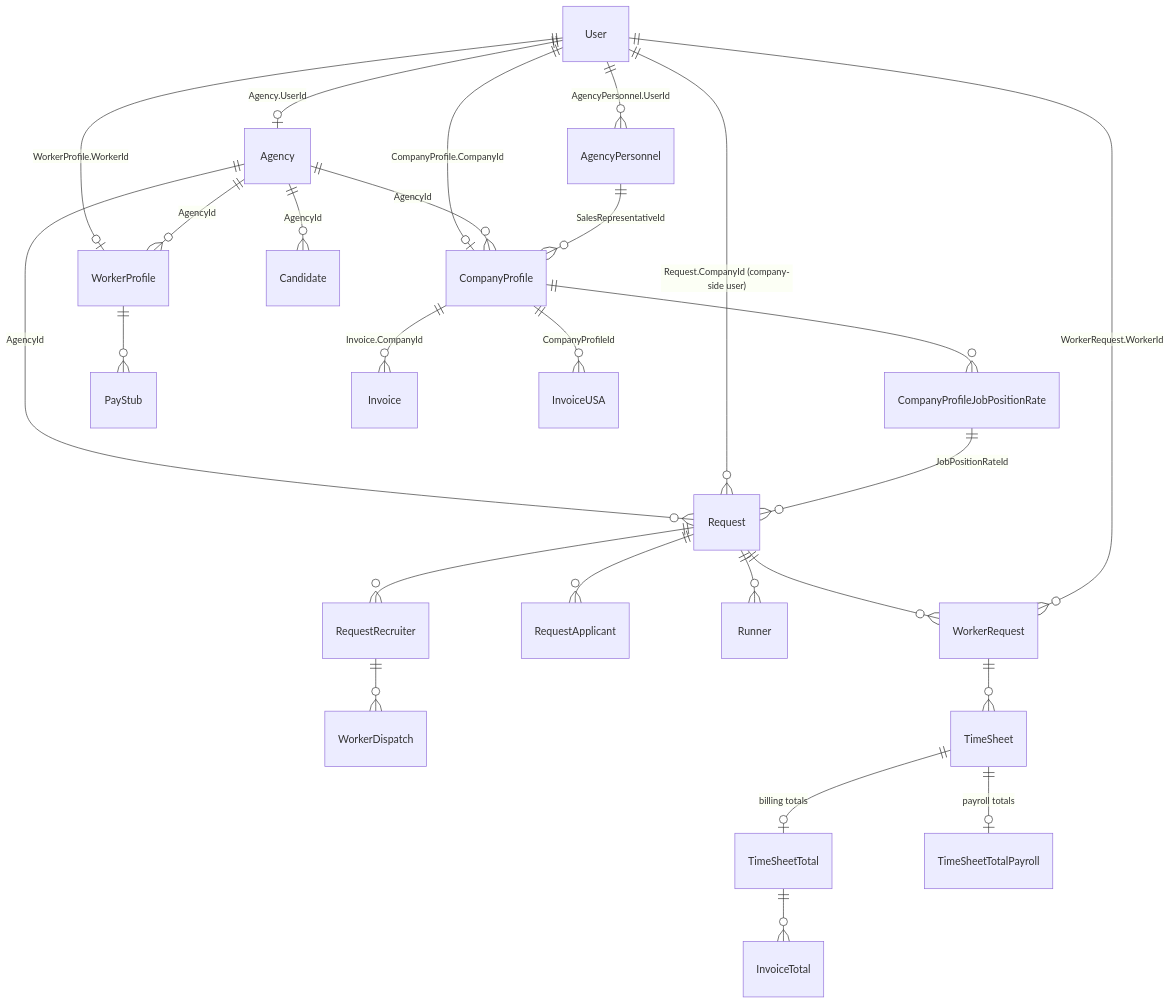
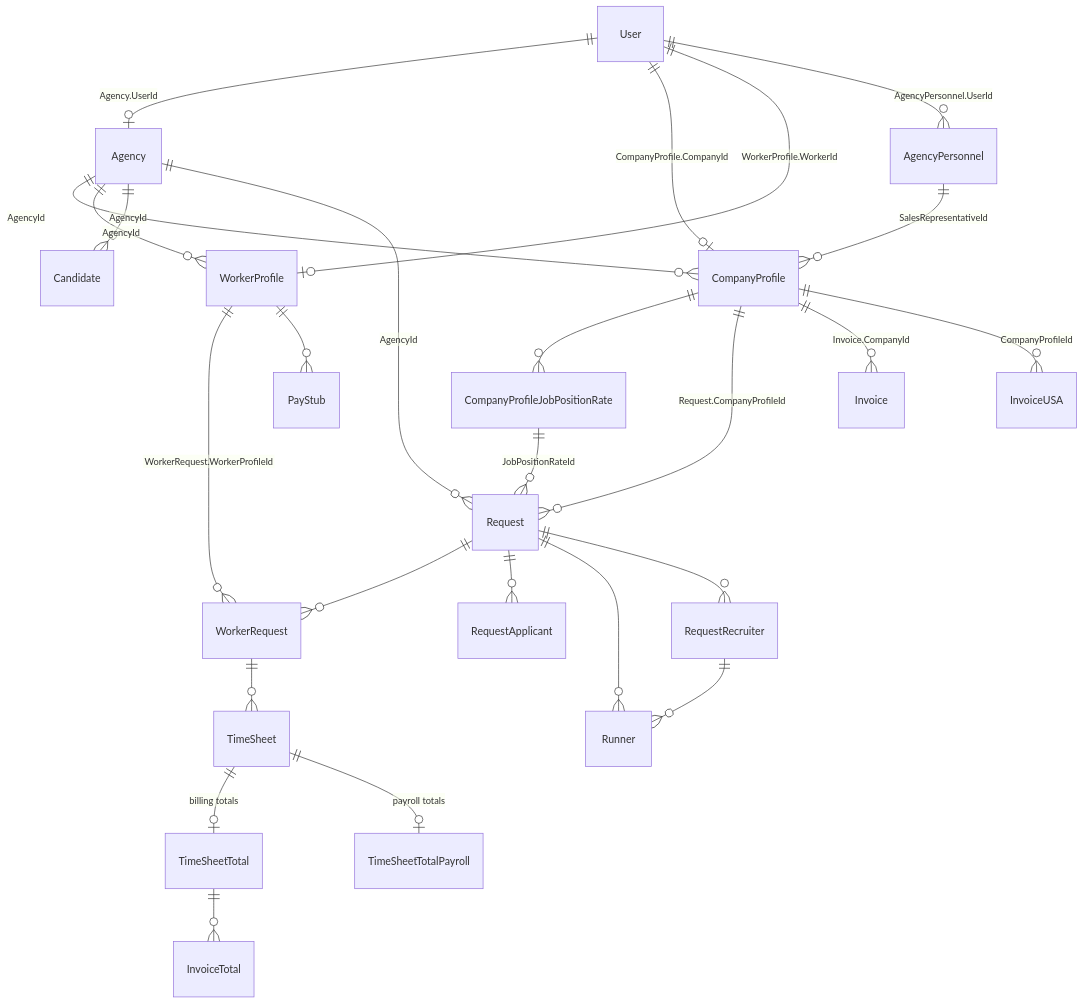
The diagram in .docs/technical/ENTITIES_RELATIONSHIPS.md (sigook/Applications), drawn with Mermaid before and after one commit. The commit also changed other lines of this file and 151 other files, not shown here.

````diff
--- a/.docs/technical/ENTITIES_RELATIONSHIPS.md
+++ b/.docs/technical/ENTITIES_RELATIONSHIPS.md
@@ -12,28 +12,28 @@
 ```mermaid
 erDiagram
     User ||--o| Agency : "Agency.UserId"
     User ||--o| CompanyProfile : "CompanyProfile.CompanyId"
     User ||--o| WorkerProfile : "WorkerProfile.WorkerId"
     User ||--o{ AgencyPersonnel : "AgencyPersonnel.UserId"
     Agency ||--o{ CompanyProfile : "AgencyId"
     Agency ||--o{ WorkerProfile : "AgencyId"
     Agency ||--o{ Candidate : "AgencyId"
     Agency ||--o{ Request : "AgencyId"
     AgencyPersonnel ||--o{ CompanyProfile : "SalesRepresentativeId"
     CompanyProfile ||--o{ CompanyProfileJobPositionRate : ""
-    User ||--o{ Request : "Request.CompanyId (company-side user)"
+    CompanyProfile ||--o{ Request : "Request.CompanyProfileId"
     CompanyProfileJobPositionRate ||--o{ Request : "JobPositionRateId"
     Request ||--o{ WorkerRequest : ""
     Request ||--o{ RequestApplicant : ""
     Request ||--o{ Runner : ""
     Request ||--o{ RequestRecruiter : ""
-    RequestRecruiter ||--o{ WorkerDispatch : ""
-    User ||--o{ WorkerRequest : "WorkerRequest.WorkerId"
+    RequestRecruiter ||--o{ Runner : ""
+    WorkerProfile ||--o{ WorkerRequest : "WorkerRequest.WorkerProfileId"
     WorkerRequest ||--o{ TimeSheet : ""
     TimeSheet ||--o| TimeSheetTotal : "billing totals"
     TimeSheet ||--o| TimeSheetTotalPayroll : "payroll totals"
     WorkerProfile ||--o{ PayStub : ""
     CompanyProfile ||--o{ Invoice : "Invoice.CompanyId"
     CompanyProfile ||--o{ InvoiceUSA : "CompanyProfileId"
     TimeSheetTotal ||--o{ InvoiceTotal : ""
 ```
````
